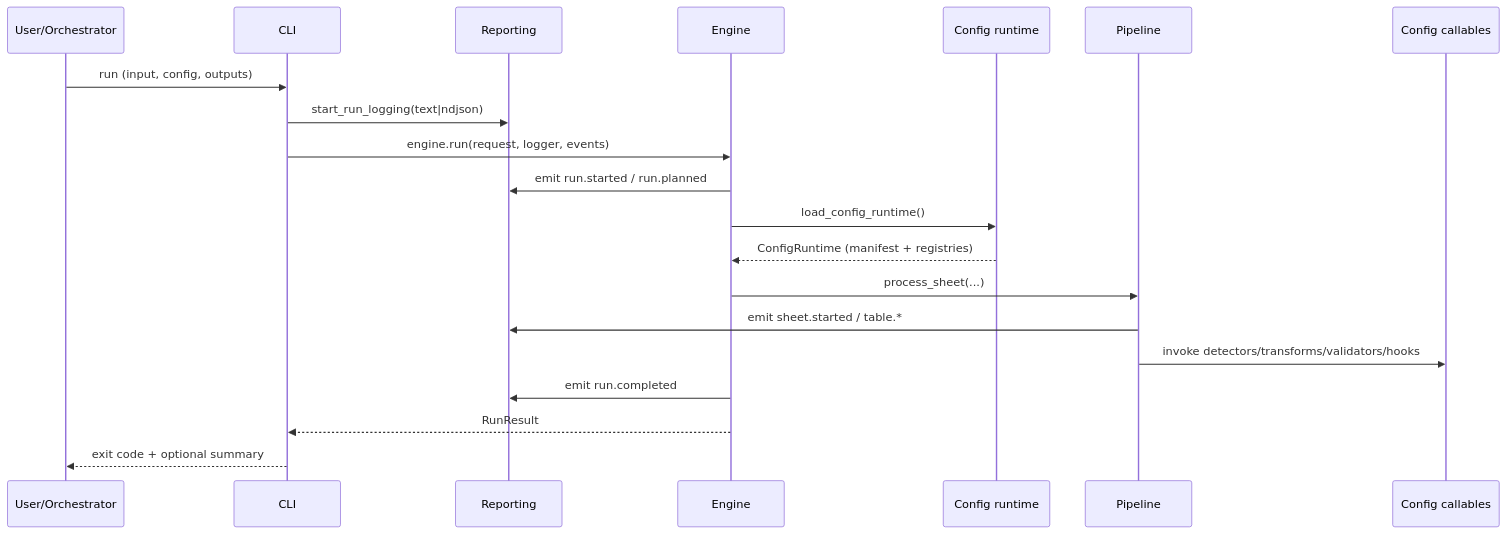
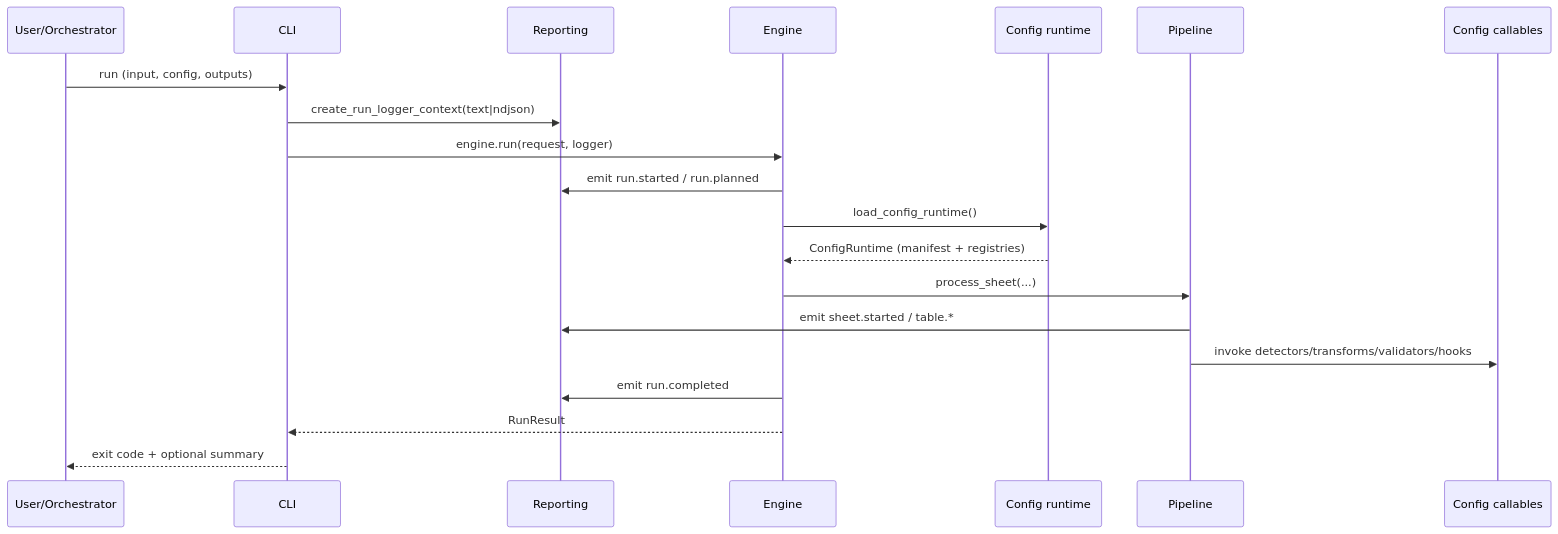
Before and after one commit to clac-ca/ade-engine: the diagram in docs/architecture.md, drawn with Mermaid. The commit also changed other lines of this file and 23 other files, not shown here.

First line of the commit message:
Refactor logging and event handling in ADE engine

````diff
--- a/docs/architecture.md
+++ b/docs/architecture.md
@@ -62,23 +61,23 @@
 ```mermaid
 sequenceDiagram
   participant User as User/Orchestrator
   participant CLI as CLI
   participant Rep as Reporting
   participant Eng as Engine
   participant Cfg as Config runtime
   participant Pipe as Pipeline
   participant Config as Config callables
 
   User->>CLI: run (input, config, outputs)
-  CLI->>Rep: start_run_logging(text|ndjson)
-  CLI->>Eng: engine.run(request, logger, events)
+  CLI->>Rep: create_run_logger_context(text|ndjson)
+  CLI->>Eng: engine.run(request, logger)
   Eng->>Rep: emit run.started / run.planned
   Eng->>Cfg: load_config_runtime()
   Cfg-->>Eng: ConfigRuntime (manifest + registries)
   Eng->>Pipe: process_sheet(...)
   Pipe->>Rep: emit sheet.started / table.*
   Pipe->>Config: invoke detectors/transforms/validators/hooks
   Eng->>Rep: emit run.completed
   Eng-->>CLI: RunResult
   CLI-->>User: exit code + optional summary
 ```
````
